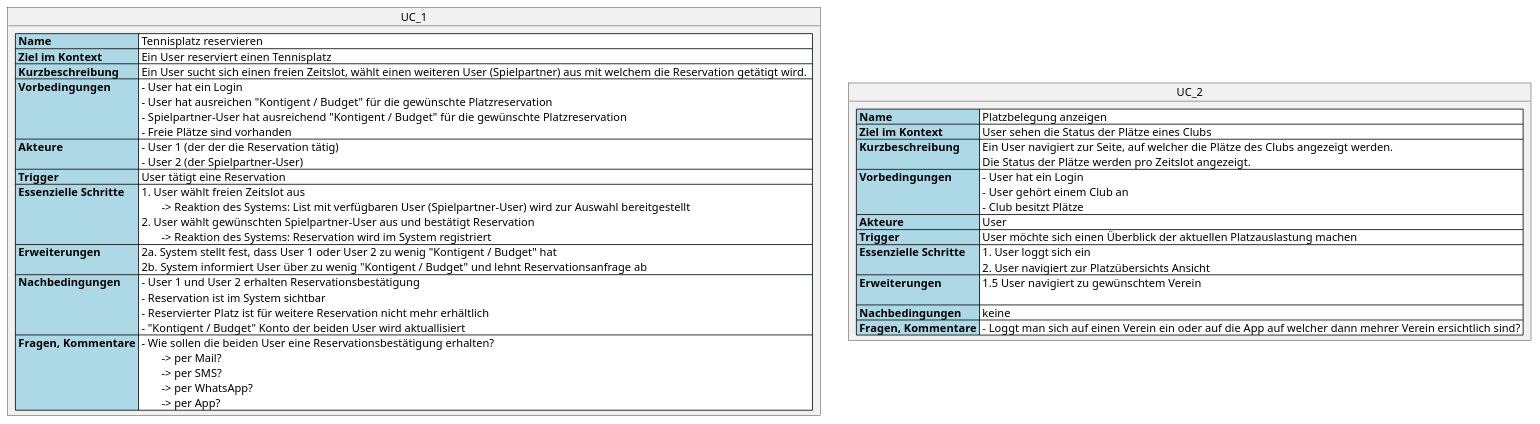
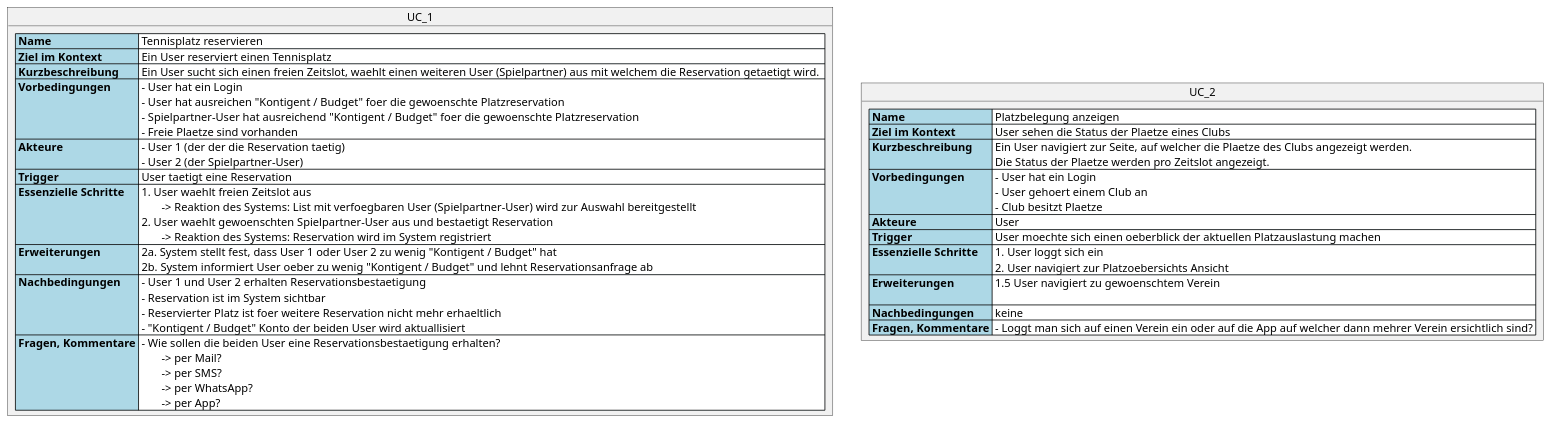
The diagram in documents/design/usecases/NotesUseCasesUser.puml (incrediblybadcoder/fortylove), drawn with PlantUML before and after one commit. The commit also changed 2 other files, not shown here.

```diff
--- a/documents/design/usecases/NotesUseCasesUser.puml
+++ b/documents/design/usecases/NotesUseCasesUser.puml
@@ -1,28 +1,28 @@
 @startuml
 object UC_1 {
 <#lightblue,#black>|= Name |<#white> Tennisplatz reservieren |
 <#lightblue,#black>|= Ziel im Kontext |<#white> Ein User reserviert einen Tennisplatz |
-<#lightblue,#black>|= Kurzbeschreibung |<#white> Ein User sucht sich einen freien Zeitslot, wählt einen weiteren User (Spielpartner) aus mit welchem die Reservation getätigt wird.  |
-<#lightblue,#black>|= Vorbedingungen |<#white> - User hat ein Login\n - User hat ausreichen "Kontigent / Budget" für die gewünschte Platzreservation\n - Spielpartner-User hat ausreichend "Kontigent / Budget" für die gewünschte Platzreservation\n - Freie Plätze sind vorhanden  |
-<#lightblue,#black>|= Akteure |<#white> - User 1 (der der die Reservation tätig)\n - User 2 (der Spielpartner-User) |
-<#lightblue,#black>|= Trigger |<#white> User tätigt eine Reservation  |
-<#lightblue,#black>|= Essenzielle Schritte |<#white> 1. User wählt freien Zeitslot aus\n\t-> Reaktion des Systems: List mit verfügbaren User (Spielpartner-User) wird zur Auswahl bereitgestellt\n 2. User wählt gewünschten Spielpartner-User aus und bestätigt Reservation\n\t-> Reaktion des Systems: Reservation wird im System registriert  |
-<#lightblue,#black>|= Erweiterungen |<#white> 2a. System stellt fest, dass User 1 oder User 2 zu wenig "Kontigent / Budget" hat\n 2b. System informiert User über zu wenig "Kontigent / Budget" und lehnt Reservationsanfrage ab |
-<#lightblue,#black>|= Nachbedingungen |<#white> - User 1 und User 2 erhalten Reservationsbestätigung\n - Reservation ist im System sichtbar\n - Reservierter Platz ist für weitere Reservation nicht mehr erhältlich\n - "Kontigent / Budget" Konto der beiden User wird aktuallisiert |
-<#lightblue,#black>|= Fragen, Kommentare |<#with> - Wie sollen die beiden User eine Reservationsbestätigung erhalten?\n\t-> per Mail?\n\t-> per SMS?\n\t-> per WhatsApp?\n\t-> per App? |
+<#lightblue,#black>|= Kurzbeschreibung |<#white> Ein User sucht sich einen freien Zeitslot, waehlt einen weiteren User (Spielpartner) aus mit welchem die Reservation getaetigt wird.  |
+<#lightblue,#black>|= Vorbedingungen |<#white> - User hat ein Login\n - User hat ausreichen "Kontigent / Budget" foer die gewoenschte Platzreservation\n - Spielpartner-User hat ausreichend "Kontigent / Budget" foer die gewoenschte Platzreservation\n - Freie Plaetze sind vorhanden  |
+<#lightblue,#black>|= Akteure |<#white> - User 1 (der der die Reservation taetig)\n - User 2 (der Spielpartner-User) |
+<#lightblue,#black>|= Trigger |<#white> User taetigt eine Reservation  |
+<#lightblue,#black>|= Essenzielle Schritte |<#white> 1. User waehlt freien Zeitslot aus\n\t-> Reaktion des Systems: List mit verfoegbaren User (Spielpartner-User) wird zur Auswahl bereitgestellt\n 2. User waehlt gewoenschten Spielpartner-User aus und bestaetigt Reservation\n\t-> Reaktion des Systems: Reservation wird im System registriert  |
+<#lightblue,#black>|= Erweiterungen |<#white> 2a. System stellt fest, dass User 1 oder User 2 zu wenig "Kontigent / Budget" hat\n 2b. System informiert User oeber zu wenig "Kontigent / Budget" und lehnt Reservationsanfrage ab |
+<#lightblue,#black>|= Nachbedingungen |<#white> - User 1 und User 2 erhalten Reservationsbestaetigung\n - Reservation ist im System sichtbar\n - Reservierter Platz ist foer weitere Reservation nicht mehr erhaeltlich\n - "Kontigent / Budget" Konto der beiden User wird aktuallisiert |
+<#lightblue,#black>|= Fragen, Kommentare |<#with> - Wie sollen die beiden User eine Reservationsbestaetigung erhalten?\n\t-> per Mail?\n\t-> per SMS?\n\t-> per WhatsApp?\n\t-> per App? |
 }
 
 object UC_2 {
 <#lightblue,#black>|= Name|<#white> Platzbelegung anzeigen |
-<#lightblue,#black>|= Ziel im Kontext |<#white> User sehen die Status der Plätze eines Clubs  |
-<#lightblue,#black>|= Kurzbeschreibung |<#white> Ein User navigiert zur Seite, auf welcher die Plätze des Clubs angezeigt werden.\n Die Status der Plätze werden pro Zeitslot angezeigt.  |
-<#lightblue,#black>|= Vorbedingungen |<#white> - User hat ein Login\n - User gehört einem Club an\n - Club besitzt Plätze  |
+<#lightblue,#black>|= Ziel im Kontext |<#white> User sehen die Status der Plaetze eines Clubs  |
+<#lightblue,#black>|= Kurzbeschreibung |<#white> Ein User navigiert zur Seite, auf welcher die Plaetze des Clubs angezeigt werden.\n Die Status der Plaetze werden pro Zeitslot angezeigt.  |
+<#lightblue,#black>|= Vorbedingungen |<#white> - User hat ein Login\n - User gehoert einem Club an\n - Club besitzt Plaetze  |
 <#lightblue,#black>|= Akteure |<#white> User |
-<#lightblue,#black>|= Trigger |<#white> User möchte sich einen Überblick der aktuellen Platzauslastung machen |
-<#lightblue,#black>|= Essenzielle Schritte |<#white> 1. User loggt sich ein\n 2. User navigiert zur Platzübersichts Ansicht  |
-<#lightblue,#black>|= Erweiterungen |<#white> 1.5 User navigiert zu gewünschtem Verein\n |
+<#lightblue,#black>|= Trigger |<#white> User moechte sich einen oeberblick der aktuellen Platzauslastung machen |
+<#lightblue,#black>|= Essenzielle Schritte |<#white> 1. User loggt sich ein\n 2. User navigiert zur Platzoebersichts Ansicht  |
+<#lightblue,#black>|= Erweiterungen |<#white> 1.5 User navigiert zu gewoenschtem Verein\n |
 <#lightblue,#black>|= Nachbedingungen |<#white> keine |
 <#lightblue,#black>|= Fragen, Kommentare |<#white> - Loggt man sich auf einen Verein ein oder auf die App auf welcher dann mehrer Verein ersichtlich sind? |
 }
 
 @enduml
```
